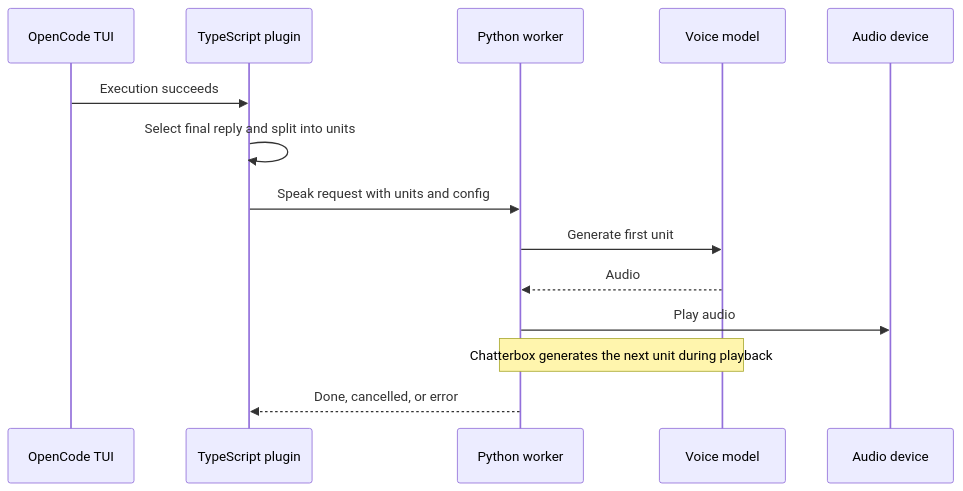
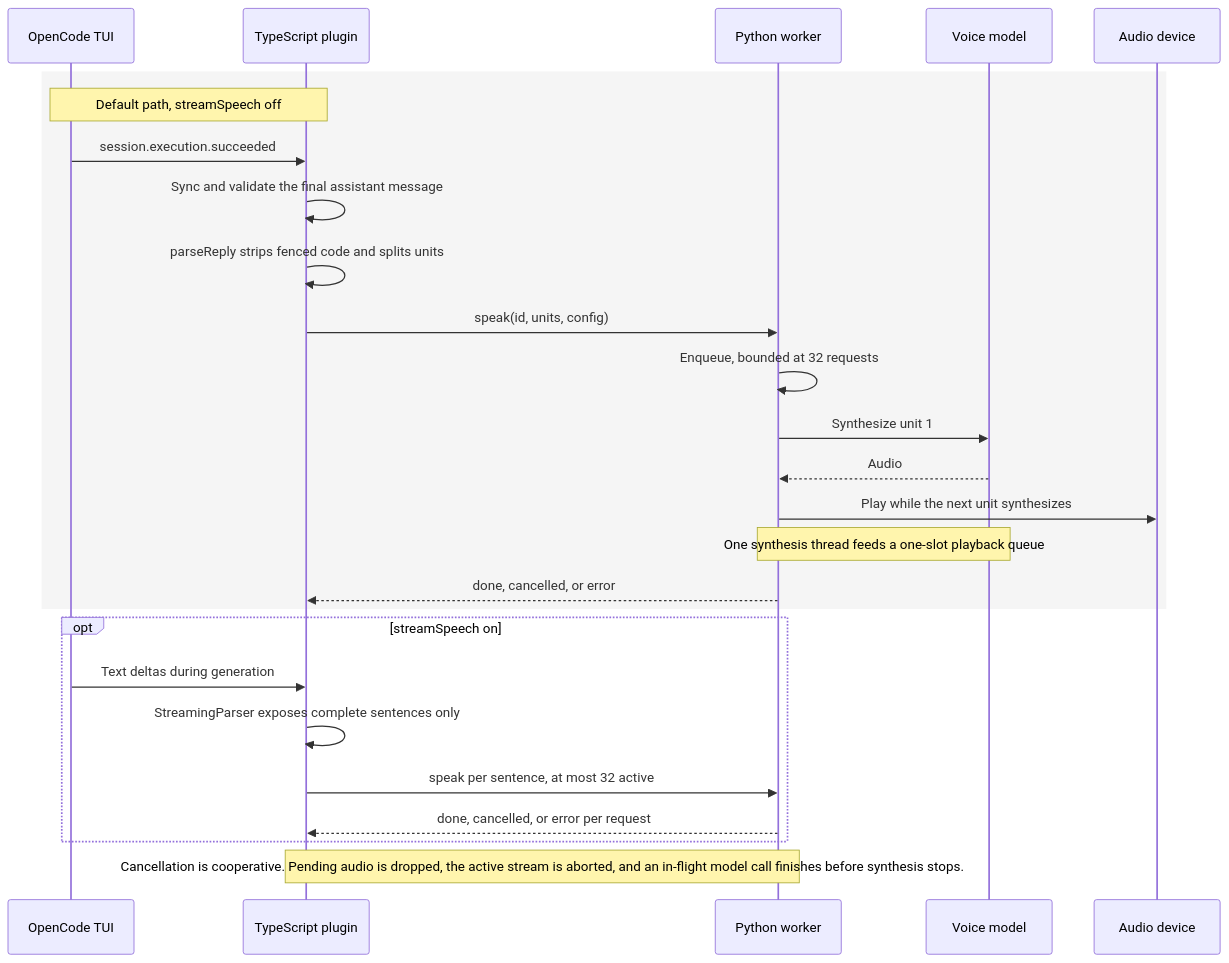
One commit to MH221B/voice-plugin changed the diagram in reply-to-audio.mmd. Above: the diagram before and after it, drawn with Mermaid. The commit also changed 6 other files, not shown here.

Commit message:
Update README and architecture diagrams

```diff
--- a/reply-to-audio.mmd
+++ b/reply-to-audio.mmd
@@ -1,15 +1,29 @@
 sequenceDiagram
     participant TUI as OpenCode TUI
     participant Plugin as TypeScript plugin
     participant Worker as Python worker
     participant Model as Voice model
     participant Audio as Audio device
 
-    TUI->>Plugin: Execution succeeds
-    Plugin->>Plugin: Select final reply and split into units
-    Plugin->>Worker: Speak request with units and config
-    Worker->>Model: Generate first unit
+    rect rgb(245, 245, 245)
+    Note over TUI,Plugin: Default path, streamSpeech off
+    TUI->>Plugin: session.execution.succeeded
+    Plugin->>Plugin: Sync and validate the final assistant message
+    Plugin->>Plugin: parseReply strips fenced code and splits units
+    Plugin->>Worker: speak(id, units, config)
+    Worker->>Worker: Enqueue, bounded at 32 requests
+    Worker->>Model: Synthesize unit 1
     Model-->>Worker: Audio
-    Worker->>Audio: Play audio
-    Note over Worker,Model: Chatterbox generates the next unit during playback
-    Worker-->>Plugin: Done, cancelled, or error
+    Worker->>Audio: Play while the next unit synthesizes
+    Note over Worker,Model: One synthesis thread feeds a one-slot playback queue
+    Worker-->>Plugin: done, cancelled, or error
+    end
+
+    opt streamSpeech on
+    TUI->>Plugin: Text deltas during generation
+    Plugin->>Plugin: StreamingParser exposes complete sentences only
+    Plugin->>Worker: speak per sentence, at most 32 active
+    Worker-->>Plugin: done, cancelled, or error per request
+    end
+
+    Note over Plugin,Worker: Cancellation is cooperative. Pending audio is dropped, the active stream is aborted, and an in-flight model call finishes before synthesis stops.
```
